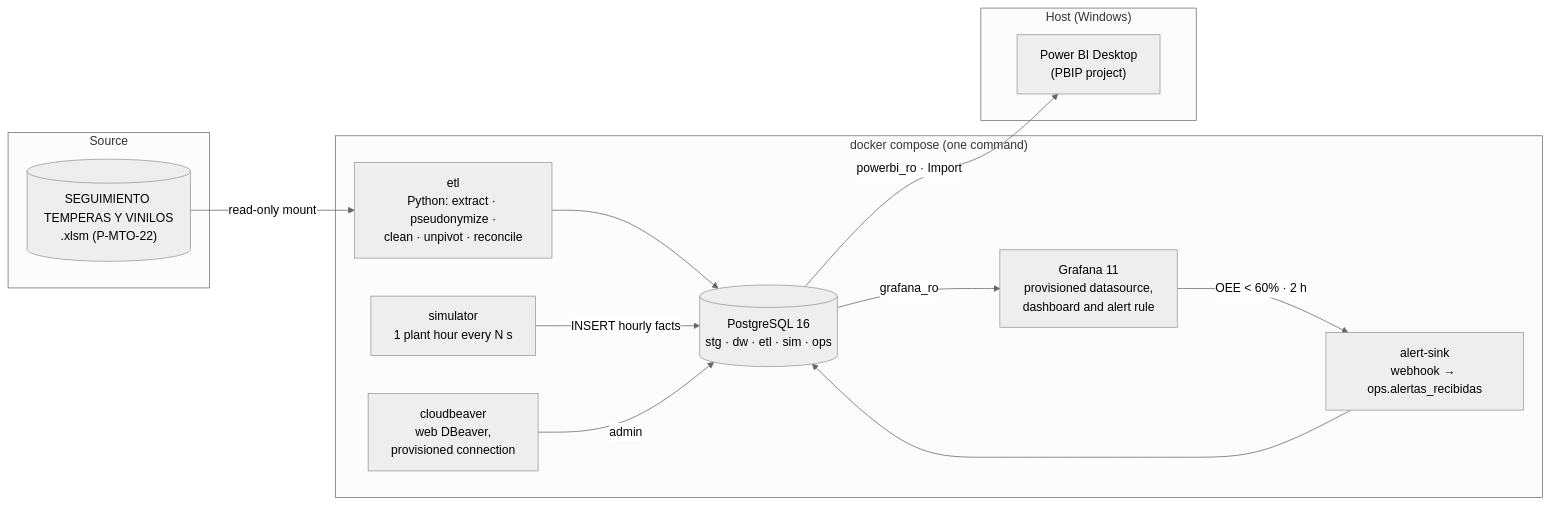
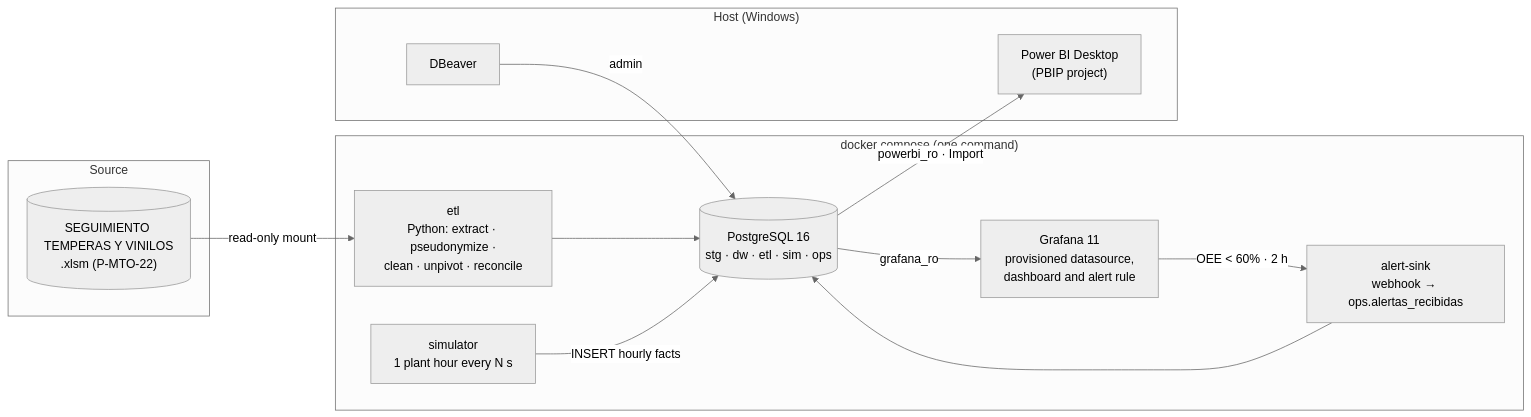
Before and after one commit to romerobrayan/bi-paros-envasado: the diagram in README.md, drawn with Mermaid (neutral theme). The commit also changed other lines of this file and 5 other files, not shown here.

````diff
--- a/README.md
+++ b/README.md
@@ -15,22 +15,22 @@
 ```mermaid
 flowchart LR
     subgraph Source
         X[("SEGUIMIENTO TEMPERAS Y VINILOS<br/>.xlsm (P-MTO-22)")]
     end
     subgraph Docker["docker compose (one command)"]
         E["etl<br/>Python: extract · pseudonymize ·<br/>clean · unpivot · reconcile"]
         DB[("PostgreSQL 16<br/>stg · dw · etl · sim · ops")]
         S["simulator<br/>1 plant hour every N s"]
         G["Grafana 11<br/>provisioned datasource,<br/>dashboard and alert rule"]
         A["alert-sink<br/>webhook → ops.alertas_recibidas"]
-        DBV["cloudbeaver<br/>web DBeaver,<br/>provisioned connection"]
     end
     subgraph Host["Host (Windows)"]
         PBI["Power BI Desktop<br/>(PBIP project)"]
+        DBV["DBeaver"]
     end
     X -->|read-only mount| E --> DB
     S -->|INSERT hourly facts| DB
     DB -->|grafana_ro| G -->|OEE < 60% · 2 h| A --> DB
     DB -->|powerbi_ro · Import| PBI
     DBV -->|admin| DB
 ```
````
